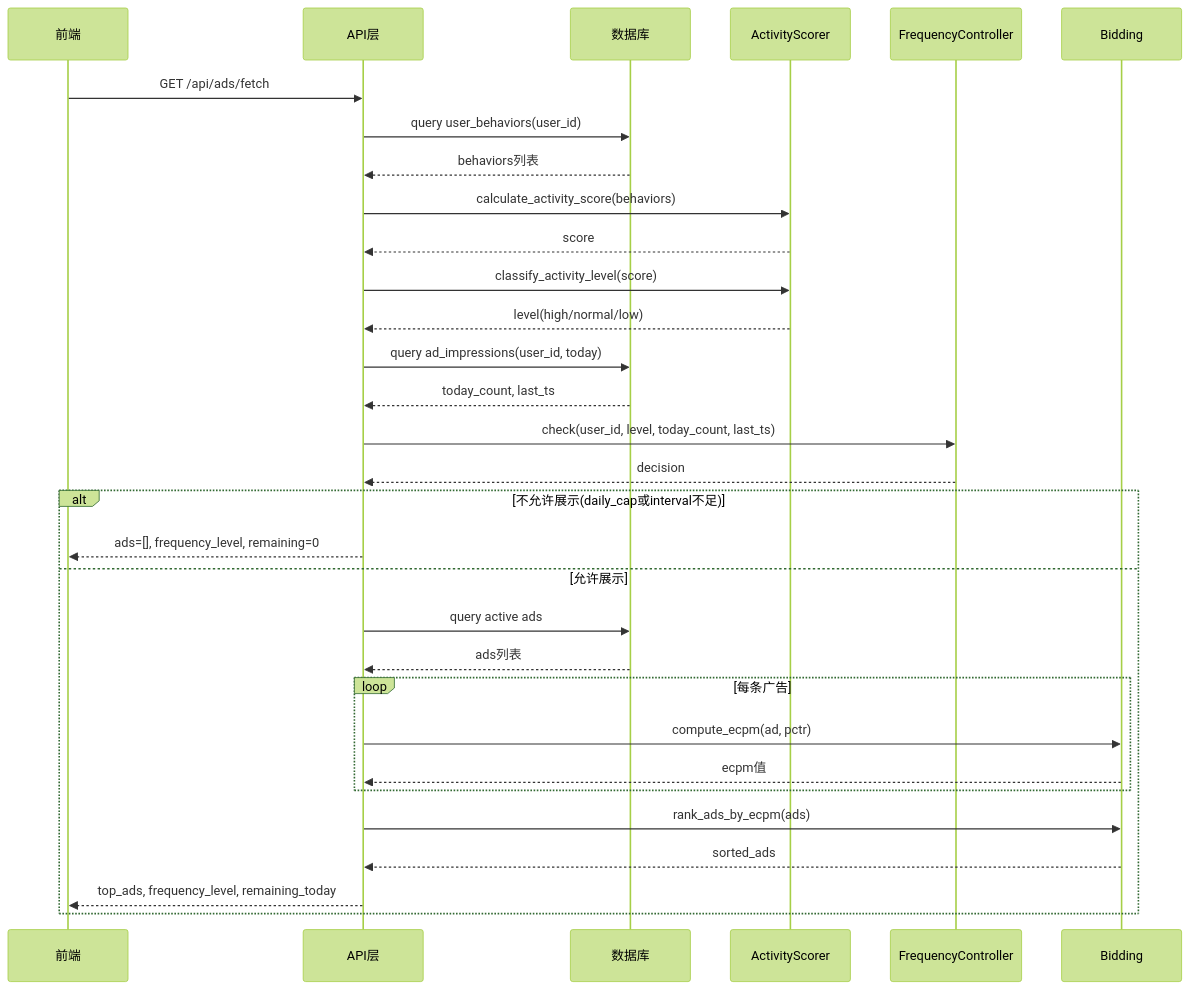
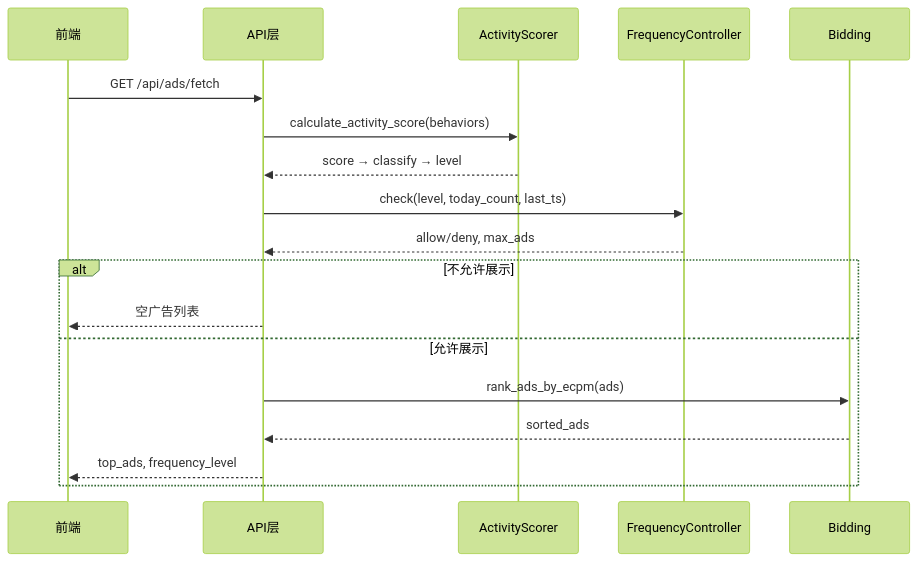
One commit to kun041011/ecommerce-ad-recommendation-system changed diagram 12 of 13 in docs/figures.md. Above: the diagram before and after it, drawn with Mermaid (forest theme). The commit also changed other lines of this file, not shown here.

First line of the commit message:
docs: simplify sequence diagrams 5-3, 5-5, 5-6

````diff
--- a/docs/figures.md
+++ b/docs/figures.md
@@ -299,34 +279,21 @@
 ```mermaid
 sequenceDiagram
     participant 前端
     participant API as API层
-    participant DB as 数据库
-    participant AS as ActivityScorer
+    participant Scorer as ActivityScorer
     participant FC as FrequencyController
-    participant BD as Bidding
+    participant Bid as Bidding
 
     前端->>API: GET /api/ads/fetch
-    API->>DB: query user_behaviors(user_id)
-    DB-->>API: behaviors列表
-    API->>AS: calculate_activity_score(behaviors)
-    AS-->>API: score
-    API->>AS: classify_activity_level(score)
-    AS-->>API: level(high/normal/low)
-    API->>DB: query ad_impressions(user_id, today)
-    DB-->>API: today_count, last_ts
-    API->>FC: check(user_id, level, today_count, last_ts)
-    FC-->>API: decision
-    alt 不允许展示(daily_cap或interval不足)
-        API-->>前端: ads=[], frequency_level, remaining=0
+    API->>Scorer: calculate_activity_score(behaviors)
+    Scorer-->>API: score → classify → level
+    API->>FC: check(level, today_count, last_ts)
+    FC-->>API: allow/deny, max_ads
+    alt 不允许展示
+        API-->>前端: 空广告列表
     else 允许展示
-        API->>DB: query active ads
-        DB-->>API: ads列表
-        loop 每条广告
-            API->>BD: compute_ecpm(ad, pctr)
-            BD-->>API: ecpm值
-        end
-        API->>BD: rank_ads_by_ecpm(ads)
-        BD-->>API: sorted_ads
-        API-->>前端: top_ads, frequency_level, remaining_today
+        API->>Bid: rank_ads_by_ecpm(ads)
+        Bid-->>API: sorted_ads
+        API-->>前端: top_ads, frequency_level
     end
 ```
````
